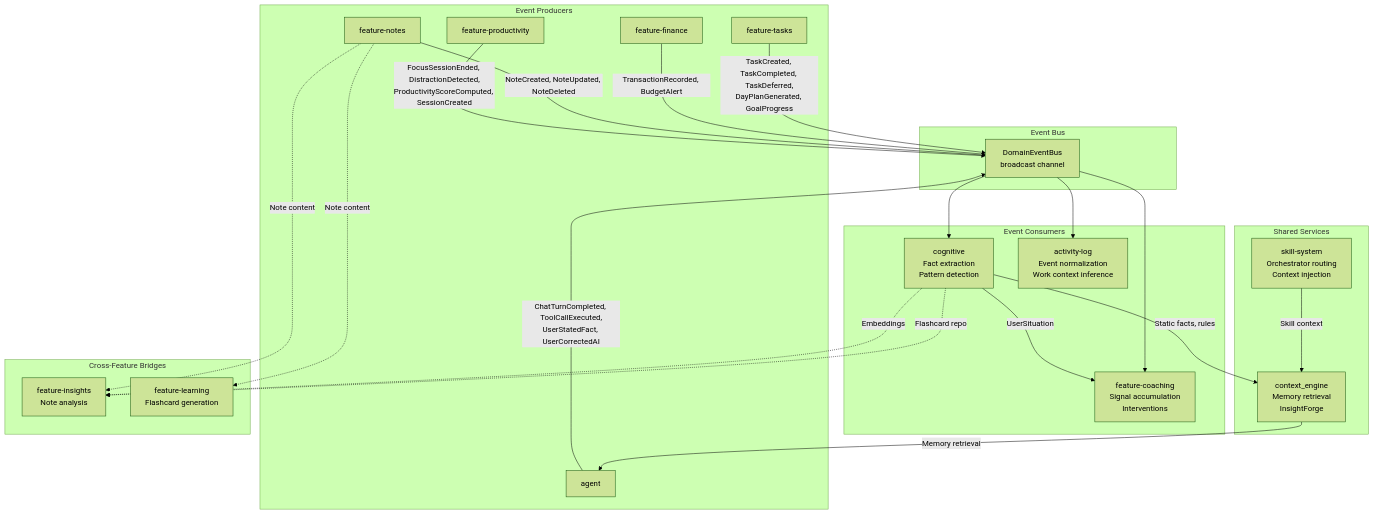
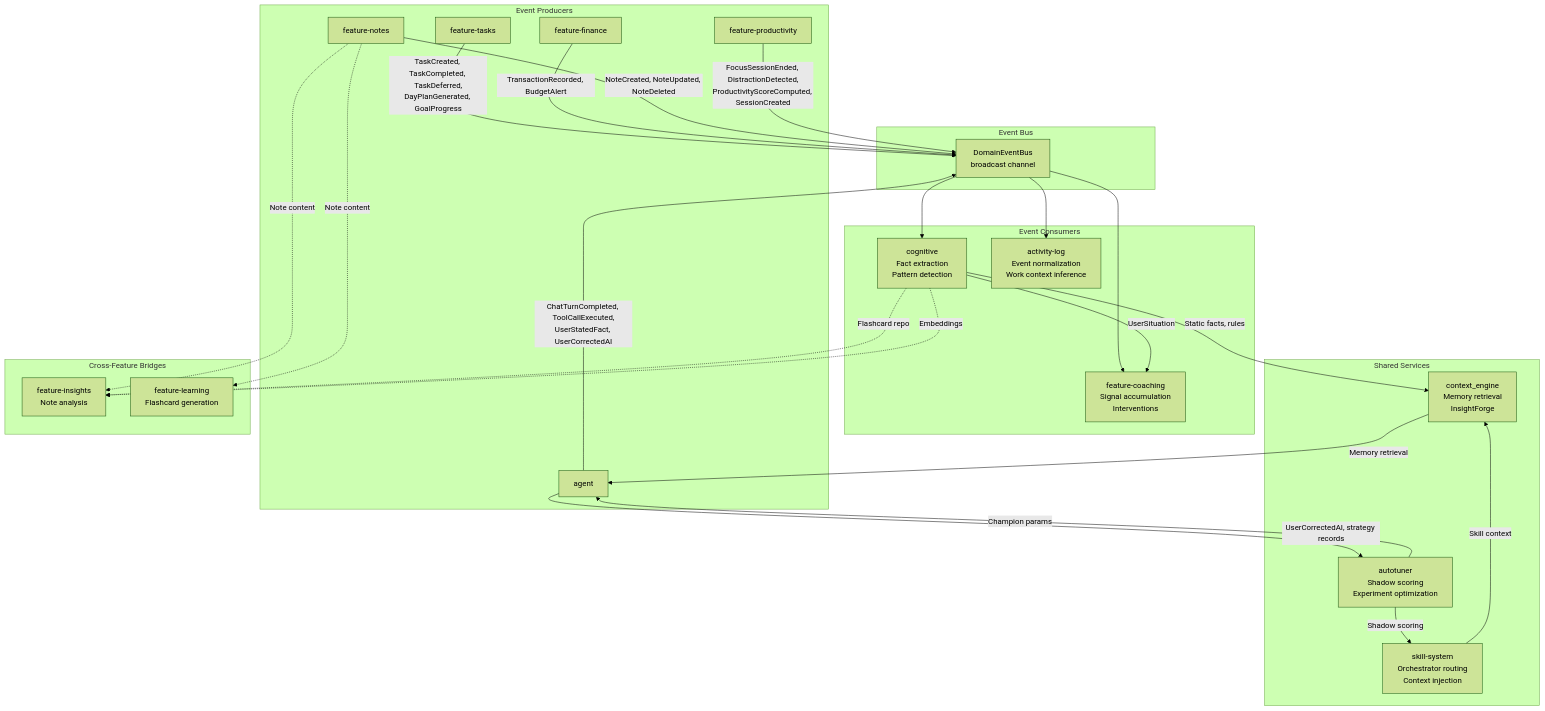
One commit to KlyntLabs/klyntbot changed the first of 3 diagrams in docs/architecture/10-feature-interconnections.md. Above: the diagram before and after it, drawn with Mermaid (forest theme). The commit also changed other lines of this file and 14 other files, not shown here.

First line of the commit message:
docs(architecture): add autotuner crate to architecture documentation

````diff
--- a/docs/architecture/10-feature-interconnections.md
+++ b/docs/architecture/10-feature-interconnections.md
@@ -9,50 +9,54 @@
 ```mermaid
 graph TB
     subgraph "Event Producers"
         TASKS[feature-tasks]
         FINANCE[feature-finance]
         NOTES[feature-notes]
         PROD[feature-productivity]
         AGENT[agent]
     end
 
     subgraph "Event Bus"
         DEB[DomainEventBus<br/>broadcast channel]
     end
 
     subgraph "Event Consumers"
         COG[cognitive<br/>Fact extraction<br/>Pattern detection]
         COACH[feature-coaching<br/>Signal accumulation<br/>Interventions]
         ACTLOG[activity-log<br/>Event normalization<br/>Work context inference]
     end
 
     subgraph "Shared Services"
         CONTEXT[context_engine<br/>Memory retrieval<br/>InsightForge]
         SKILLS[skill-system<br/>Orchestrator routing<br/>Context injection]
+        AUTOTUNE[autotuner<br/>Shadow scoring<br/>Experiment optimization]
     end
 
     subgraph "Cross-Feature Bridges"
         INSIGHTS[feature-insights<br/>Note analysis]
         LEARNING[feature-learning<br/>Flashcard generation]
     end
 
     TASKS -->|TaskCreated, TaskCompleted, TaskDeferred,<br/>DayPlanGenerated, GoalProgress| DEB
     FINANCE -->|TransactionRecorded, BudgetAlert| DEB
     NOTES -->|NoteCreated, NoteUpdated, NoteDeleted| DEB
     PROD -->|FocusSessionEnded, DistractionDetected,<br/>ProductivityScoreComputed, SessionCreated| DEB
     AGENT -->|ChatTurnCompleted, ToolCallExecuted,<br/>UserStatedFact, UserCorrectedAI| DEB
 
     DEB --> COG
     DEB --> COACH
     DEB --> ACTLOG
 
     COG -->|Static facts, rules| CONTEXT
     COG -->|UserSituation| COACH
     CONTEXT -->|Memory retrieval| AGENT
     SKILLS -->|Skill context| CONTEXT
+    AUTOTUNE -->|Shadow scoring| SKILLS
+    AUTOTUNE -->|Champion params| AGENT
+    AGENT -->|UserCorrectedAI, strategy records| AUTOTUNE
 
     NOTES -.->|Note content| INSIGHTS
     NOTES -.->|Note content| LEARNING
     COG -.->|Flashcard repo| INSIGHTS
     COG -.->|Embeddings| INSIGHTS
 ```
````
